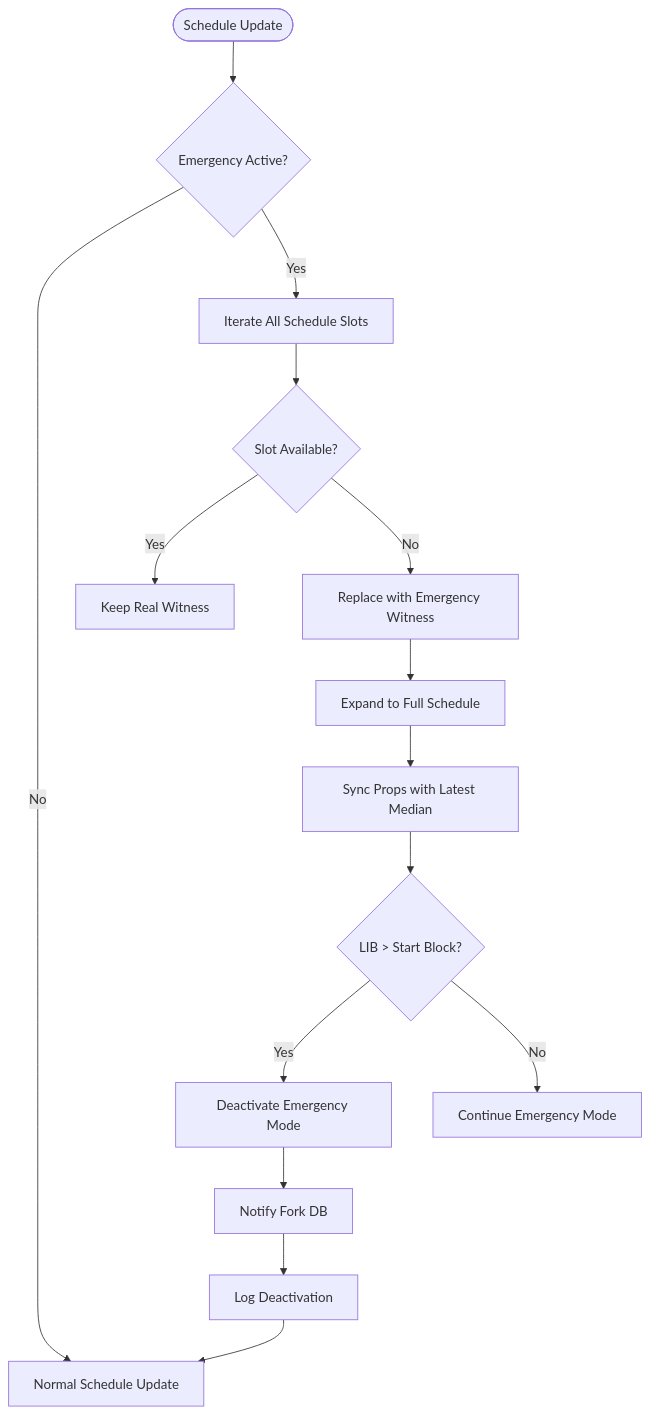
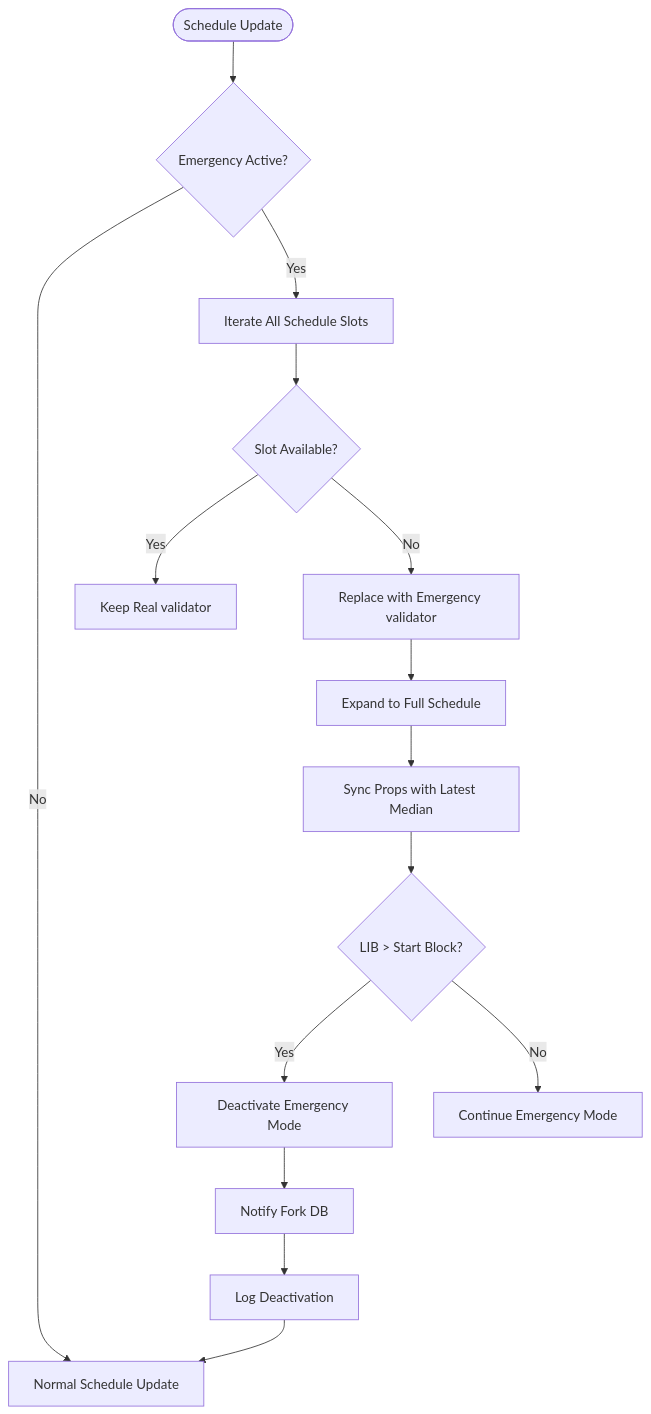
Before and after one commit to VIZ-Blockchain/viz-cpp-node: diagram 24 of 29 in .qoder/repowiki/en/content/Architecture Overview/Core Libraries/Chain Library/Database Management/Database Management.md, drawn with Mermaid. The commit also changed other lines of this file and 88 other files, not shown here.

First line of the commit message:
docs(validator): rename witness to validator throughout documentation

````diff
--- a/.qoder/repowiki/en/content/Architecture Overview/Core Libraries/Chain Library/Database Management/Database Management.md
+++ b/.qoder/repowiki/en/content/Architecture Overview/Core Libraries/Chain Library/Database Management/Database Management.md
@@ -1406,17 +1406,17 @@
 ```mermaid
 flowchart TD
 Start(["Schedule Update"]) --> CheckEmergency{"Emergency Active?"}
 CheckEmergency --> |No| NormalSchedule["Normal Schedule Update"]
 CheckEmergency --> |Yes| IterateSlots["Iterate All Schedule Slots"]
 IterateSlots --> CheckSlot{"Slot Available?"}
-CheckSlot --> |Yes| KeepReal["Keep Real Witness"]
-CheckSlot --> |No| ReplaceWithCommittee["Replace with Emergency Witness"]
+CheckSlot --> |Yes| KeepReal["Keep Real validator"]
+CheckSlot --> |No| ReplaceWithCommittee["Replace with Emergency validator"]
 ReplaceWithCommittee --> ExpandSchedule["Expand to Full Schedule"]
 ExpandSchedule --> SyncProps["Sync Props with Latest Median"]
 SyncProps --> CheckExit{"LIB > Start Block?"}
 CheckExit --> |Yes| Deactivate["Deactivate Emergency Mode"]
 CheckExit --> |No| Continue["Continue Emergency Mode"]
 Deactivate --> NotifyFork["Notify Fork DB"]
 NotifyFork --> LogDeactivation["Log Deactivation"]
 LogDeactivation --> NormalSchedule
 ```
````
